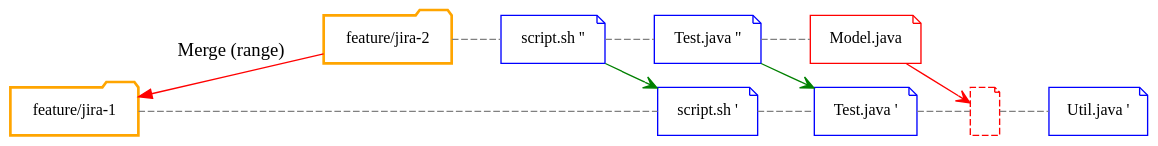
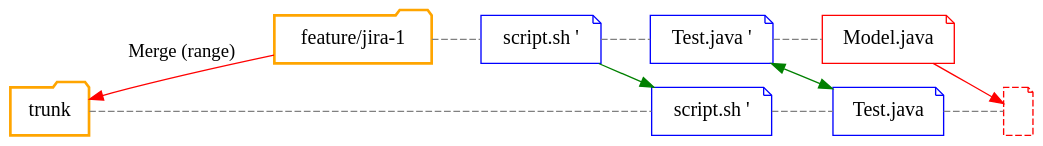
The diagram in slides/intro/src/docs/asciidoc/graphviz/svn-merge.dot (Gepardec/git-training), drawn with Graphviz before and after one commit. The commit also changed 15 other files, not shown here.

Commit message:
- Modified README.adoc to explain how to install graphviz - Modified graphs of theoretical part - Finished theoretical part

```diff
--- a/slides/intro/src/docs/asciidoc/graphviz/svn-merge.dot
+++ b/slides/intro/src/docs/asciidoc/graphviz/svn-merge.dot
@@ -1,37 +1,33 @@
 digraph svn_merge {
     rankdir="LR";
     bgcolor="transparent";
 
-    node[width=0.3, shape=folder,fontsize=12.0,color=orange];
+    node[width=0.3, shape=folder,fontsize=15.0,color=orange];
+    "trunk"[label="trunk",group="trunk",style="bold"];
     "feature_1"[label="feature/jira-1",group="feature_1",style="bold"];
-    "feature_2"[label="feature/jira-2",group="feature_2",style="bold"];
 
-    node[ shape=note,fontsize=12.0];
-    "file__1"[label="script.sh '",group="feature_1",color="blue"]
-    "file__2"[label="Test.java '",group="feature_1",color="blue"]
-    "file__3"[label="",group="feature_1",style="dashed",color="red"]
-    "file__4"[label="Util.java '",group="feature_1",color="blue"]
-    "file___1"[label="script.sh ''",group="feature_2",color="blue"]
-    "file___2"[label="Test.java ''",group="feature_2",color="blue"]
-    "file___3"[label="Model.java",group="feature_2",color="red"]
+    node[ shape=note,fontsize=15.0];
+    "file__1"[label="script.sh '",group="trunk",color="blue"]
+    "file__2"[label="Test.java",group="trunk",color="blue"]
+    "file__3"[label="",group="trunk",style="dashed",color="red"]
+    "file___1"[label="script.sh '",group="feature_1",color="blue"]
+    "file___2"[label="Test.java '",group="feature_1",color="blue"]
+    "file___3"[label="Model.java",group="feature_1",color="red"]
 
-    edge[arrowhead=open,dir="back"];
-    "feature_1" -> "feature_2"[label="Merge (range)",color="red"];
+    edge[dir="back"];
+    "trunk" -> "feature_1"[label="Merge (range)",color="red"];
 
     edge[arrowhead=none,dir="forward",style=dashed,color=gray];
-    "feature_1" -> "file__1";
-    "feature_2" -> "file___1";
+    "trunk" -> "file__1";
+    "feature_1" -> "file___1";
     "file__1" -> "file__2";
     "file__2" -> "file__3";
-    "file__3" -> "file__4";
     "file___1" -> "file___2";
     "file___2" -> "file___3";
 
-    edge[arrowhead=open,style="",color="green"];
+    edge[arrowhead="",style="",color="green"];
     "file___1" -> "file__1"
-    "file___2" -> "file__2"
-
-    edge[arrowhead=open,style="",color="red"];
-    "file___3" -> "file__3"
+    "file___2" -> "file__2" [dir=both]
+    "file___3" -> "file__3"[color="red"]
 
 }
```
